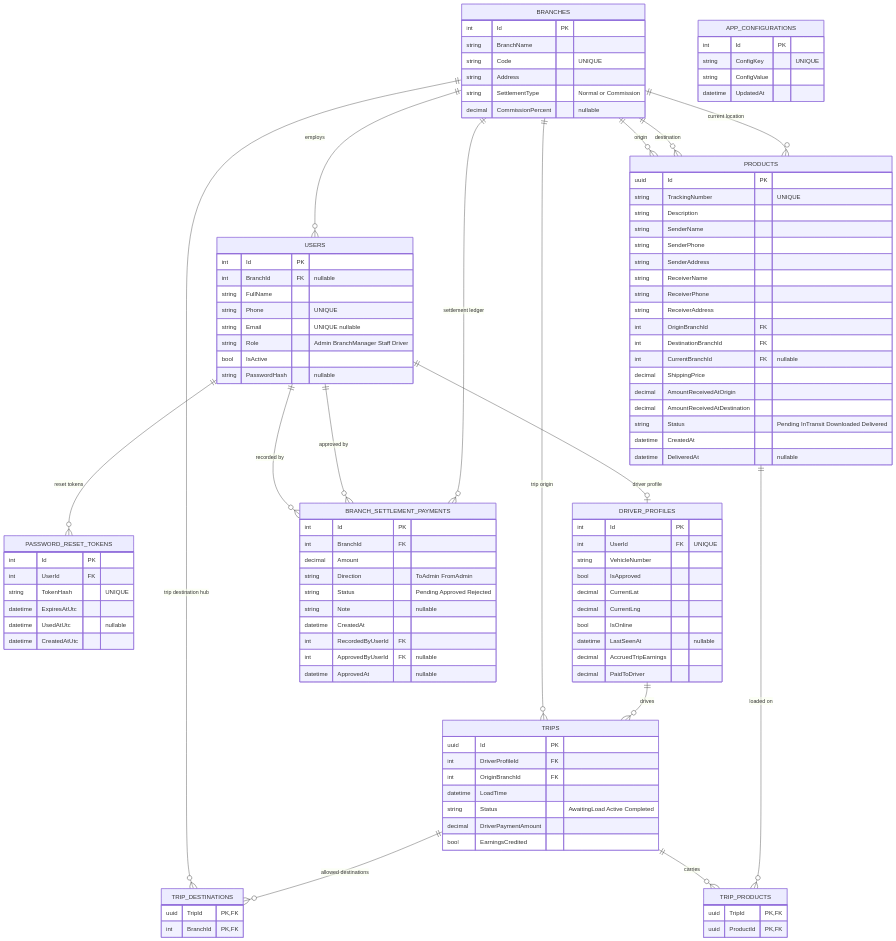
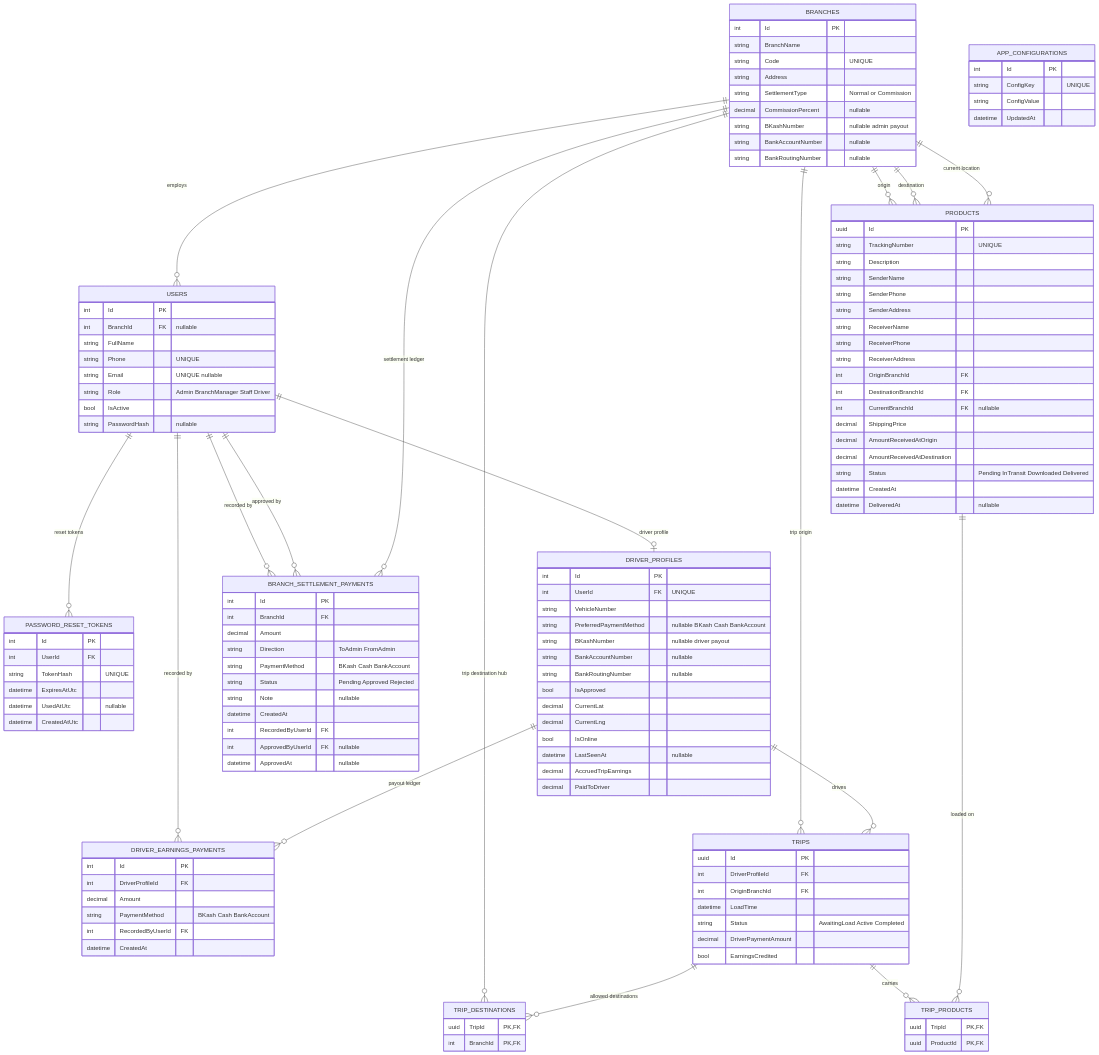
Before and after one commit to jayedulhaque/Transport_Logistics_System: the second of 4 diagrams in README.md, drawn with Mermaid. The commit also changed other lines of this file, not shown here.

```diff
--- a/README.md
+++ b/README.md
@@ -66,6 +68,9 @@
         string Address
         string SettlementType "Normal or Commission"
         decimal CommissionPercent "nullable"
+        string BKashNumber "nullable admin payout"
+        string BankAccountNumber "nullable"
+        string BankRoutingNumber "nullable"
     }
 
     USERS {
@@ -92,6 +97,10 @@
         int Id PK
         int UserId FK "UNIQUE"
         string VehicleNumber
+        string PreferredPaymentMethod "nullable BKash Cash BankAccount"
+        string BKashNumber "nullable driver payout"
+        string BankAccountNumber "nullable"
+        string BankRoutingNumber "nullable"
         bool IsApproved
         decimal CurrentLat
         decimal CurrentLng
@@ -99,6 +108,15 @@
         datetime LastSeenAt "nullable"
         decimal AccruedTripEarnings
         decimal PaidToDriver
+    }
+
+    DRIVER_EARNINGS_PAYMENTS {
+        int Id PK
+        int DriverProfileId FK
+        decimal Amount
+        string PaymentMethod "BKash Cash BankAccount"
+        int RecordedByUserId FK
+        datetime CreatedAt
     }
 
     PRODUCTS {
@@ -147,6 +165,7 @@
         int BranchId FK
         decimal Amount
         string Direction "ToAdmin FromAdmin"
+        string PaymentMethod "BKash Cash BankAccount"
         string Status "Pending Approved Rejected"
         string Note "nullable"
         datetime CreatedAt
@@ -167,6 +186,7 @@
     USERS ||--o{ PASSWORD_RESET_TOKENS : "reset tokens"
     USERS ||--o{ BRANCH_SETTLEMENT_PAYMENTS : "recorded by"
     USERS ||--o{ BRANCH_SETTLEMENT_PAYMENTS : "approved by"
+    USERS ||--o{ DRIVER_EARNINGS_PAYMENTS : "recorded by"
 
     BRANCHES ||--o{ PRODUCTS : "origin"
     BRANCHES ||--o{ PRODUCTS : "destination"
@@ -176,6 +196,7 @@
     BRANCHES ||--o{ BRANCH_SETTLEMENT_PAYMENTS : "settlement ledger"
 
     DRIVER_PROFILES ||--o{ TRIPS : "drives"
+    DRIVER_PROFILES ||--o{ DRIVER_EARNINGS_PAYMENTS : "payout ledger"
 
     TRIPS ||--o{ TRIP_DESTINATIONS : "allowed destinations"
     TRIPS ||--o{ TRIP_PRODUCTS : "carries"
```
